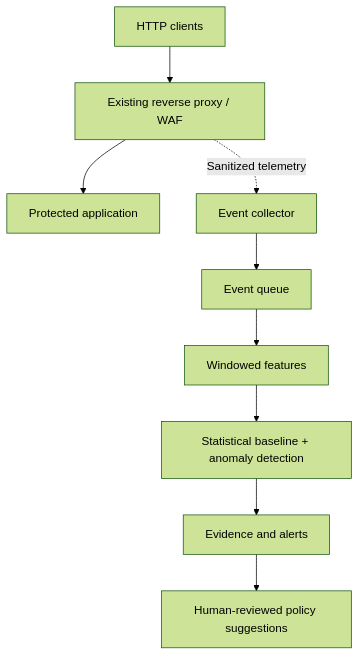
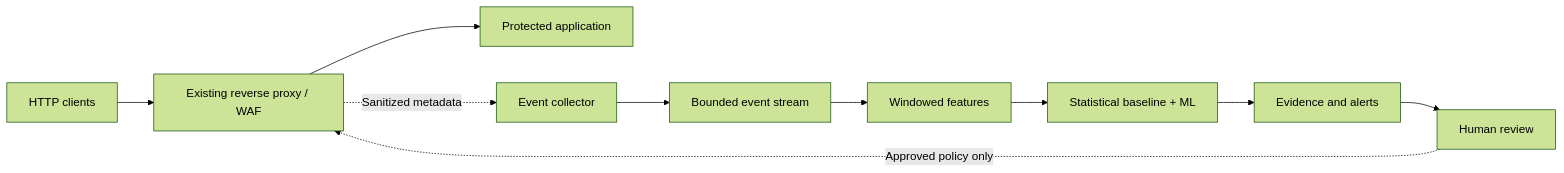
Before and after one commit to ErikaMendes89/mendes-shield: the diagram in README.md, drawn with Mermaid (forest theme). The commit also changed other lines of this file and 17 other files, not shown here.

````diff
--- a/README.md
+++ b/README.md
@@ -20,11 +49,12 @@
 ```mermaid
-flowchart TD
-    A[HTTP clients] --> B[Existing reverse proxy / WAF]
-    B --> C[Protected application]
-    B -. Sanitized telemetry .-> D[Event collector]
-    D --> E[Event queue]
-    E --> F[Windowed features]
-    F --> G[Statistical baseline + anomaly detection]
-    G --> H[Evidence and alerts]
-    H --> I[Human-reviewed policy suggestions]
+flowchart LR
+  Client[HTTP clients] --> WAF[Existing reverse proxy / WAF]
+  WAF --> App[Protected application]
+  WAF -. Sanitized metadata .-> Collector[Event collector]
+  Collector --> Queue[Bounded event stream]
+  Queue --> Features[Windowed features]
+  Features --> Model[Statistical baseline + ML]
+  Model --> Alerts[Evidence and alerts]
+  Alerts --> Review[Human review]
+  Review -. Approved policy only .-> WAF
 ```
````
